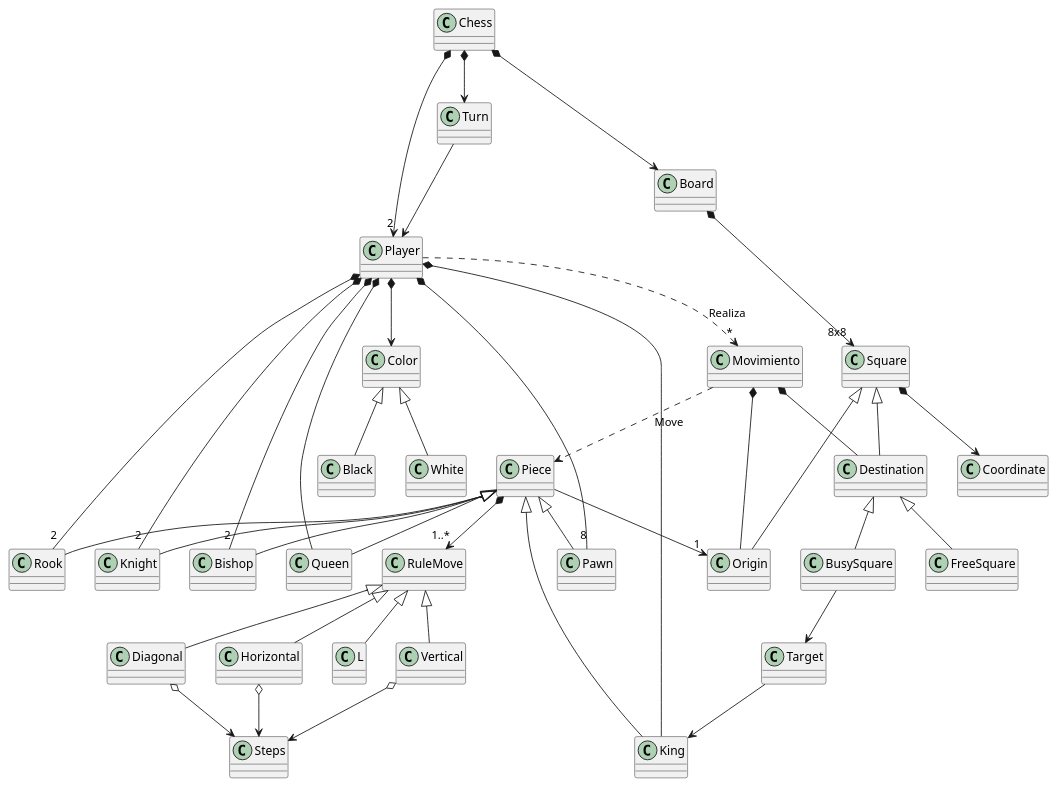
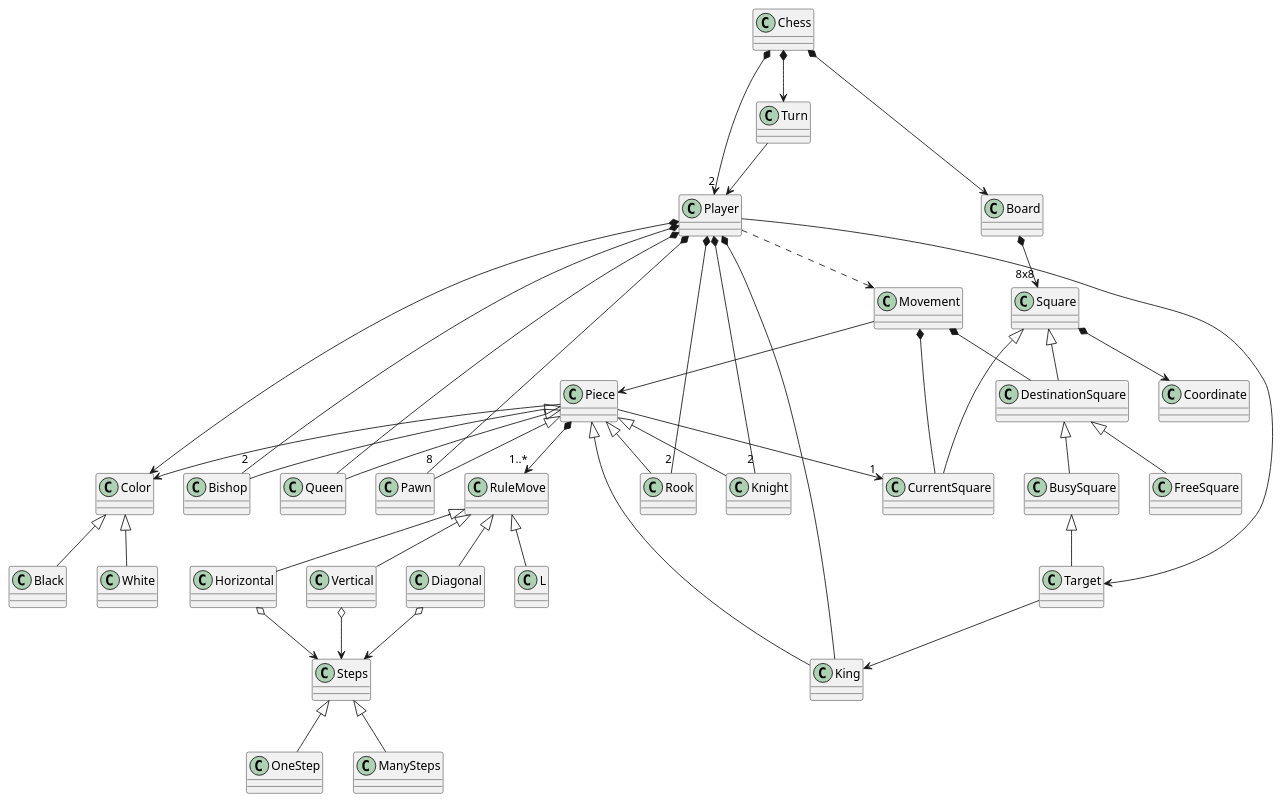
The diagram in uml/kodenix/domainmodel.puml (japc78/escuelait-masterds-02-poo-chess), drawn with PlantUML before and after one commit.

Commit message:
Corrigiendo Steps y mejorando nombres

```diff
--- a/uml/kodenix/domainmodel.puml
+++ b/uml/kodenix/domainmodel.puml
@@ -1,85 +1,93 @@
 @startuml Chess
 
 	class Chess
 	class Turn
-	class Player
+	
 	class Board
     class Square
 	class FreeSquare
 	class BusySquare
-    class Origin
+    class CurrentSquare
     class Coordinate
     class RuleMove
-
+	together {
+		class Player
+	
+	}
 	class Piece
 	class Pawn
 	class Rook
 	class Knight
 	class Bishop
 	class Queen
 	class King
 	class Color
 	class White
 	class Black
-	class Movimiento
+	class Movement
 	class Target
-
-
-
+	class Steps
+	class OneStep
+	class ManySteps
+	class DestinationSquare
 
 
 	Chess *--> Turn
 	Chess *--> Board
 	Chess *--> "2" Player
 
 	Turn --> Player
 
     Board *--> "8x8" Square
 
-	Player ..> "*" Movimiento : Realiza
+	Player ..> Movement
 	Player *--> Color
 	Player *-- King
 	Player *-- Queen
 	Player *-- "2" Bishop
 	Player *-- "2" Knight
 	Player *-- "2" Rook
 	Player *-- "8" Pawn
+	Player --> Target
 
 	Color <|-- White
 	Color <|-- Black
 
 	Piece *--> "1..*" RuleMove
 	Piece <|-- Pawn
 	Piece <|-- Bishop
 	Piece <|-- Knight
 	Piece <|-- Rook
 	Piece <|-- Queen
 	Piece <|-- King
 
-	Piece --> "1" Origin
+	Piece --> "1" CurrentSquare
 
-	'Square o--> "0..1" Piece
+	Piece --> Color
 
-	Movimiento *-- Destination
-    Movimiento *-- Origin
-	Movimiento ..> Piece : Move
+	Movement *-- DestinationSquare
+    Movement *-- CurrentSquare
+	Movement --> Piece
 
-    Square <|-- Destination
-    Square <|-- Origin
+    Square <|-- DestinationSquare
+    Square <|-- CurrentSquare
     Square *--> Coordinate
 
-	Destination <|-- FreeSquare
-	Destination <|-- BusySquare
-	BusySquare --> Target
-	Target --> King
+	DestinationSquare <|-- FreeSquare
+	DestinationSquare <|-- BusySquare
+	BusySquare <|-- Target
+	Target --> King	
 
 	RuleMove <|-- Horizontal
 	RuleMove <|-- Vertical
 	RuleMove <|-- Diagonal
 	RuleMove <|-- L
 
+	Horizontal o-->   Steps
+	Vertical o-->   Steps
+	Diagonal o-->   Steps
 
-    Diagonal o--> Steps
-    Horizontal o--> Steps
-    Vertical o--> Steps
+	 Steps ^-- OneStep
+	 Steps ^-- ManySteps
+
 @enduml
```
